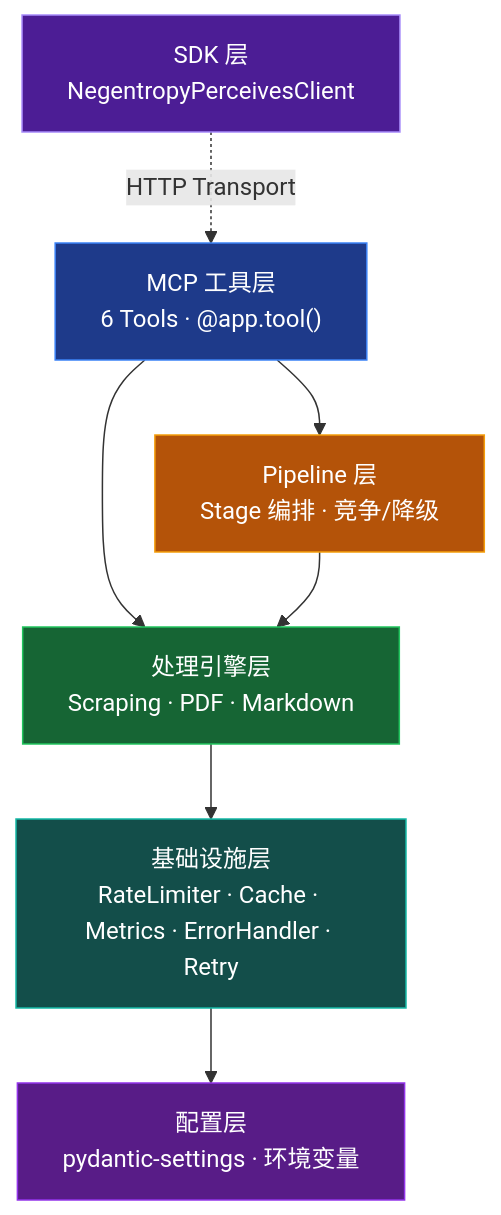
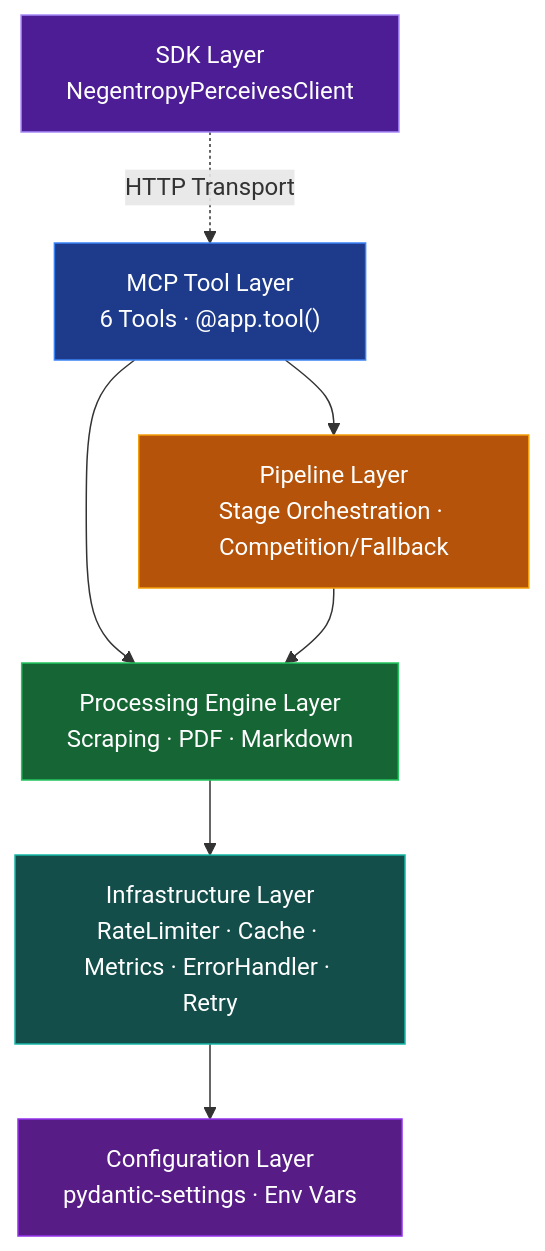
The diagram in README.md (ThreeFish-AI/negentropy-perceives), drawn with Mermaid before and after one commit. The commit also changed other lines of this file and 1 other file, not shown here.

````diff
--- a/README.md
+++ b/README.md
@@ -130,16 +132,16 @@
 ```mermaid
 graph TD
-    A["SDK 层<br/>NegentropyPerceivesClient"] -.->|"HTTP Transport"| T["MCP 工具层<br/>6 Tools · @app.tool()"]
-    T --> P["Pipeline 层<br/>Stage 编排 · 竞争/降级"]
-    T --> B["处理引擎层<br/>Scraping · PDF · Markdown"]
+    A["SDK Layer<br/>NegentropyPerceivesClient"] -.->|"HTTP Transport"| T["MCP Tool Layer<br/>6 Tools · @app.tool()"]
+    T --> P["Pipeline Layer<br/>Stage Orchestration · Competition/Fallback"]
+    T --> B["Processing Engine Layer<br/>Scraping · PDF · Markdown"]
     P --> B
-    B --> C["基础设施层<br/>RateLimiter · Cache · Metrics · ErrorHandler · Retry"]
-    C --> D["配置层<br/>pydantic-settings · 环境变量"]
+    B --> C["Infrastructure Layer<br/>RateLimiter · Cache · Metrics · ErrorHandler · Retry"]
+    C --> D["Configuration Layer<br/>pydantic-settings · Env Vars"]
 
     style A fill:#4c1d95,stroke:#a78bfa,color:#ffffff
     style T fill:#1e3a8a,stroke:#3b82f6,color:#ffffff
     style P fill:#b45309,stroke:#f59e0b,color:#ffffff
     style B fill:#166534,stroke:#22c55e,color:#ffffff
     style C fill:#134e4a,stroke:#14b8a6,color:#ffffff
     style D fill:#581c87,stroke:#9333ea,color:#ffffff
 ```
````
